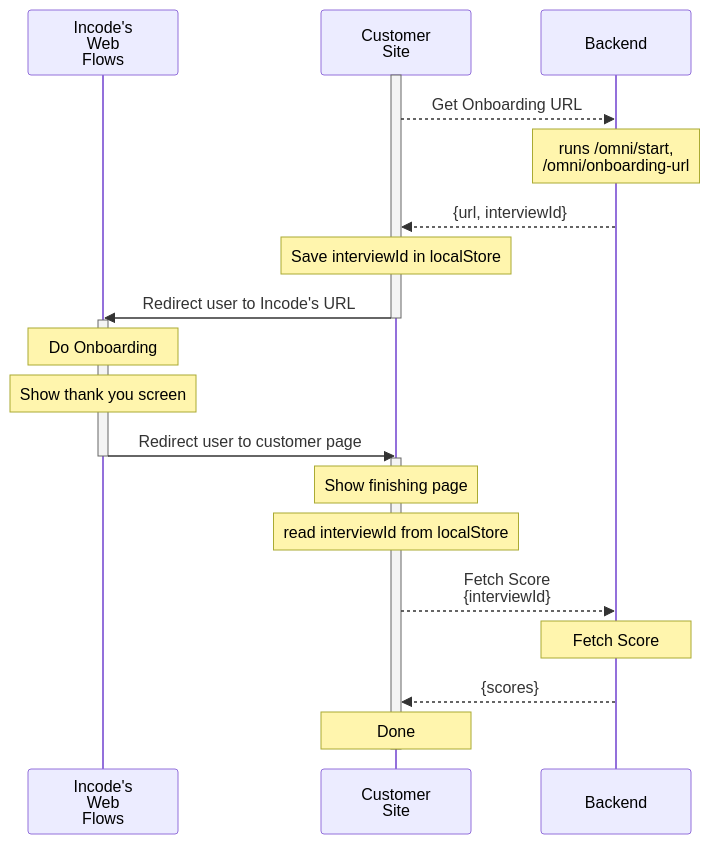
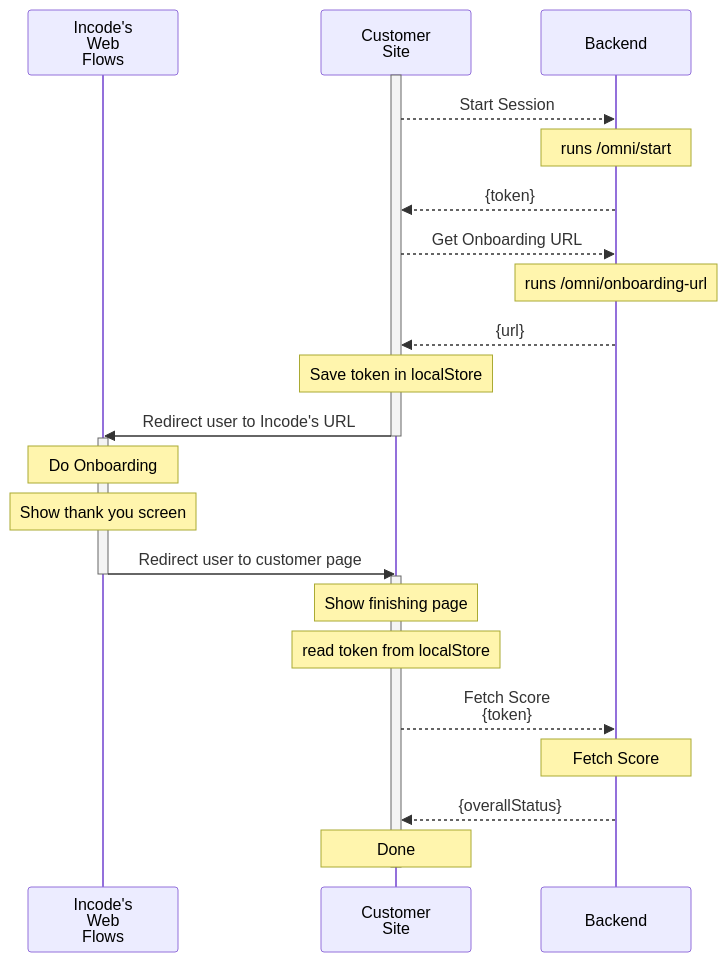
One commit to Incode-Technologies-Example-Repos/onboarding-lowcode-redirect changed the diagram in README.md. Above: the diagram before and after it, drawn with Mermaid. The commit also changed other lines of this file and 8 other files, not shown here.

````diff
--- a/README.md
+++ b/README.md
@@ -9,30 +9,33 @@
 ```mermaid
 sequenceDiagram
     participant i as Incode's<br>Web<br>Flows
     participant m as Customer<br>Site
     participant b as Backend
 
     activate m
+    m-->>b: Start Session
+    note over b: runs /omni/start
+    b-->>m: {token}
     m-->>b: Get Onboarding URL
-    note over b: runs /omni/start,<br>/omni/onboarding-url
-    b-->>m: {url, interviewId}
-    note over m: Save interviewId in localStore
+    note over b: runs /omni/onboarding-url
+    b-->>m: {url}
+    note over m: Save token in localStore
     m->>i: Redirect user to Incode's URL
     deactivate m
     
     activate i
     note over i: Do Onboarding
     note over i: Show thank you screen
     i->>m: Redirect user to customer page
     deactivate i
     
     activate m
     note over m: Show finishing page
-    note over m: read interviewId from localStore
-    m-->>b: Fetch Score<br>{interviewId}
+    note over m: read token from localStore
+    m-->>b: Fetch Score<br>{token}
     note over b: Fetch Score
     
-    b-->>m: {scores}
+    b-->>m: {overallStatus}
     note over m: Done
     deactivate m
 ```
````
